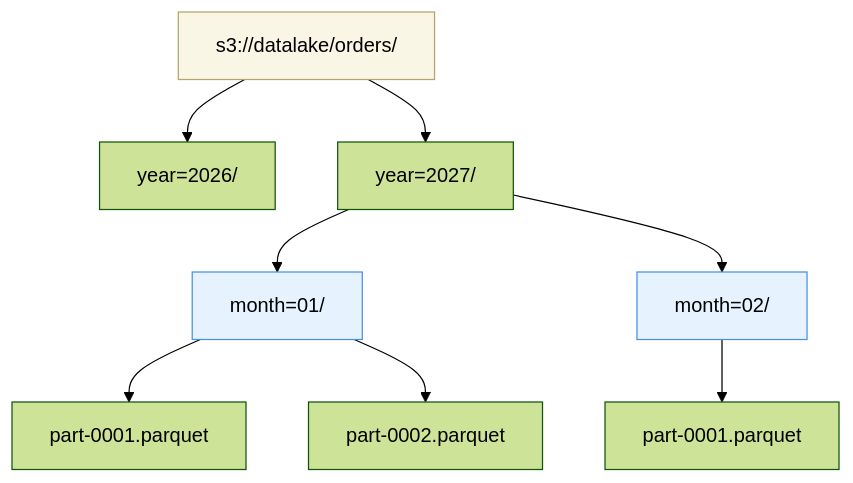
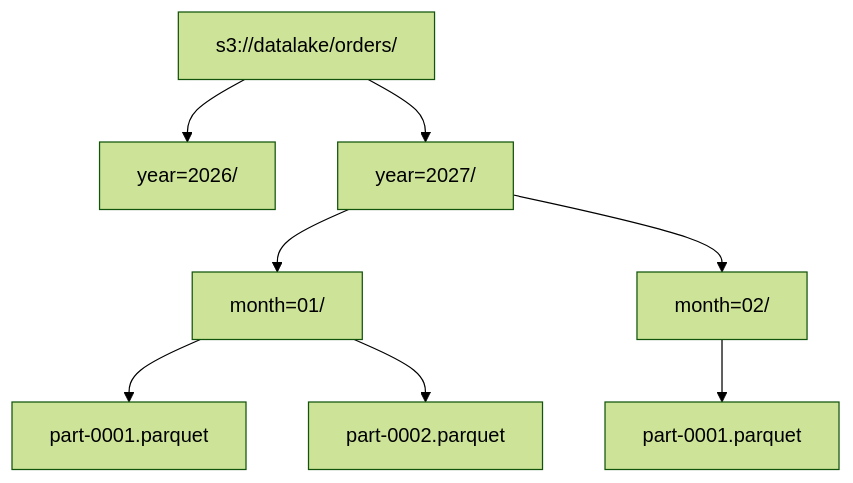
One commit to kythuatdulieu/kythuatdulieu.github.io changed the diagram in src/content/docs/concepts/3-storage-engines-formats/partitioning.md. Above: the diagram before and after it, drawn with Mermaid (forest theme). The commit also changed 682 other files, not shown here.

````diff
--- a/src/content/docs/concepts/3-storage-engines-formats/partitioning.md
+++ b/src/content/docs/concepts/3-storage-engines-formats/partitioning.md
@@ -28,14 +28,13 @@
 ```mermaid
 graph TD
     A["s3://datalake/orders/"] --> B["year=2026/"]
     A --> C["year=2027/"]
     C --> D["month=01/"]
     C --> E["month=02/"]
     D --> F["part-0001.parquet"]
     D --> G["part-0002.parquet"]
     E --> H["part-0001.parquet"]
-    
-    style A fill:#f9f6e5,stroke:#b8a36c
-    style D fill:#e6f3ff,stroke:#4a90e2
-    style E fill:#e6f3ff,stroke:#4a90e2
+
+
+
 ```
````
